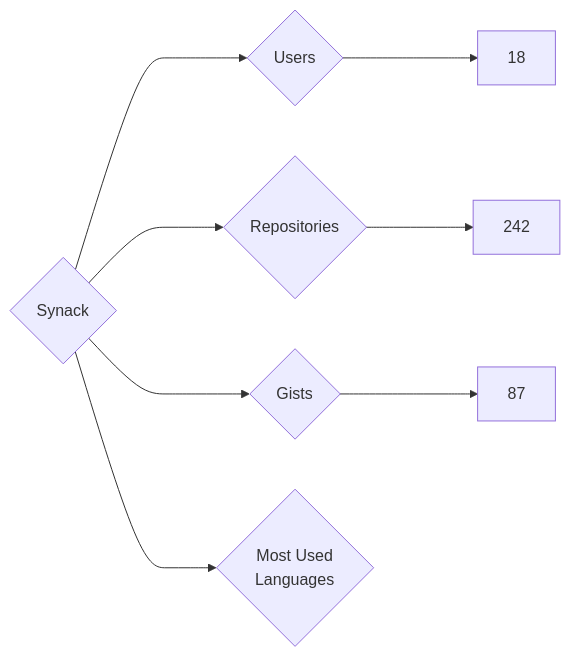
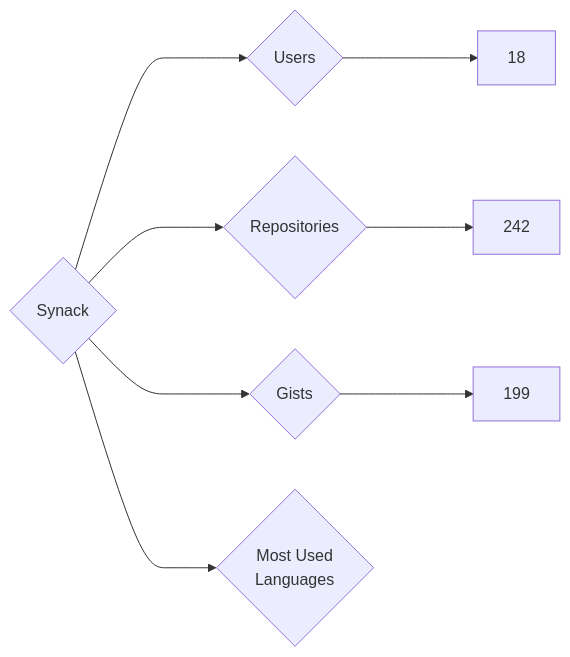
The diagram in targets/Synack/README.md (nenadzaric/insiders), drawn with Mermaid before and after one commit. The commit also changed 1342 other files, not shown here.

````diff
--- a/targets/Synack/README.md
+++ b/targets/Synack/README.md
@@ -3,8 +3,8 @@
 ```mermaid
 graph LR
 COMPANY_NAME{Synack}
 COMPANY_NAME ---> U{Users} ---> UN[18]
 COMPANY_NAME ---> R{Repositories} ---> RN[242]
-COMPANY_NAME ---> G{Gists} ---> GN[87]
+COMPANY_NAME ---> G{Gists} ---> GN[199]
 COMPANY_NAME ---> ML{Most Used<br>Languages}
 ```
````
